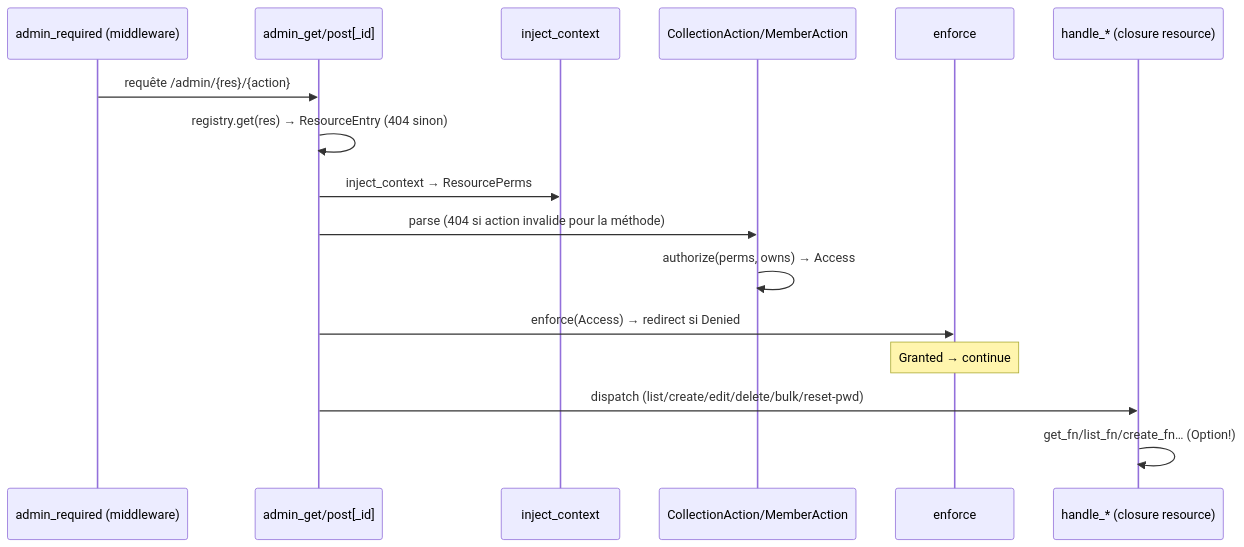
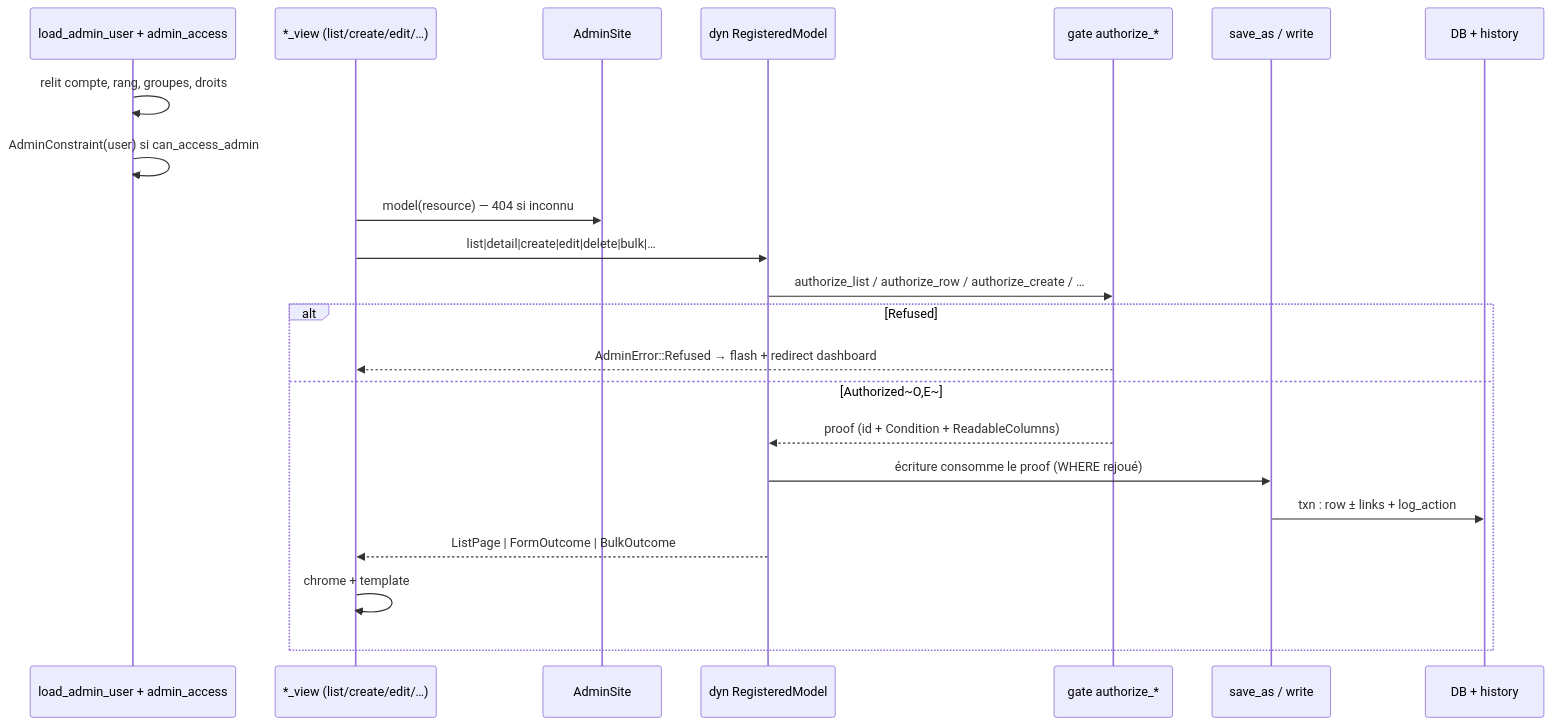
One commit to seb-alliot/runique changed the first of 5 diagrams in diagramme/flux/admin-crud-reset-makemigrations.md. Above: the diagram before and after it, drawn with Mermaid. The commit also changed other lines of this file and 36 other files, not shown here.

````diff
--- a/diagramme/flux/admin-crud-reset-makemigrations.md
+++ b/diagramme/flux/admin-crud-reset-makemigrations.md
@@ -7,19 +13,25 @@
 ```mermaid
 sequenceDiagram
-    participant MW as admin_required (middleware)
-    participant E as admin_get/post[_id]
-    participant IC as inject_context
-    participant ACT as CollectionAction/MemberAction
-    participant EN as enforce
-    participant H as handle_* (closure resource)
+    participant MW as load_admin_user + admin_access
+    participant H as *_view (list/create/edit/…)
+    participant S as AdminSite
+    participant M as dyn RegisteredModel
+    participant G as gate authorize_*
+    participant W as save_as / write
+    participant DB as DB + history
 
-    MW->>E: requête /admin/{res}/{action}
-    E->>E: registry.get(res) → ResourceEntry (404 sinon)
-    E->>IC: inject_context → ResourcePerms
-    E->>ACT: parse (404 si action invalide pour la méthode)
-    ACT->>ACT: authorize(perms, owns) → Access
-    E->>EN: enforce(Access) → redirect si Denied
-    Note over EN: Granted → continue
-    E->>H: dispatch (list/create/edit/delete/bulk/reset-pwd)
-    H->>H: get_fn/list_fn/create_fn… (Option!)
+    MW->>MW: relit compte, rang, groupes, droits
+    MW->>MW: AdminConstraint(user) si can_access_admin
+    H->>S: model(resource) — 404 si inconnu
+    H->>M: list|detail|create|edit|delete|bulk|…
+    M->>G: authorize_list / authorize_row / authorize_create / …
+    alt Refused
+        G-->>H: AdminError::Refused → flash + redirect dashboard
+    else Authorized~O,E~
+        G-->>M: proof (id + Condition + ReadableColumns)
+        M->>W: écriture consomme le proof (WHERE rejoué)
+        W->>DB: txn : row ± links + log_action
+        M-->>H: ListPage | FormOutcome | BulkOutcome
+        H->>H: chrome + template
+    end
 ```
````
